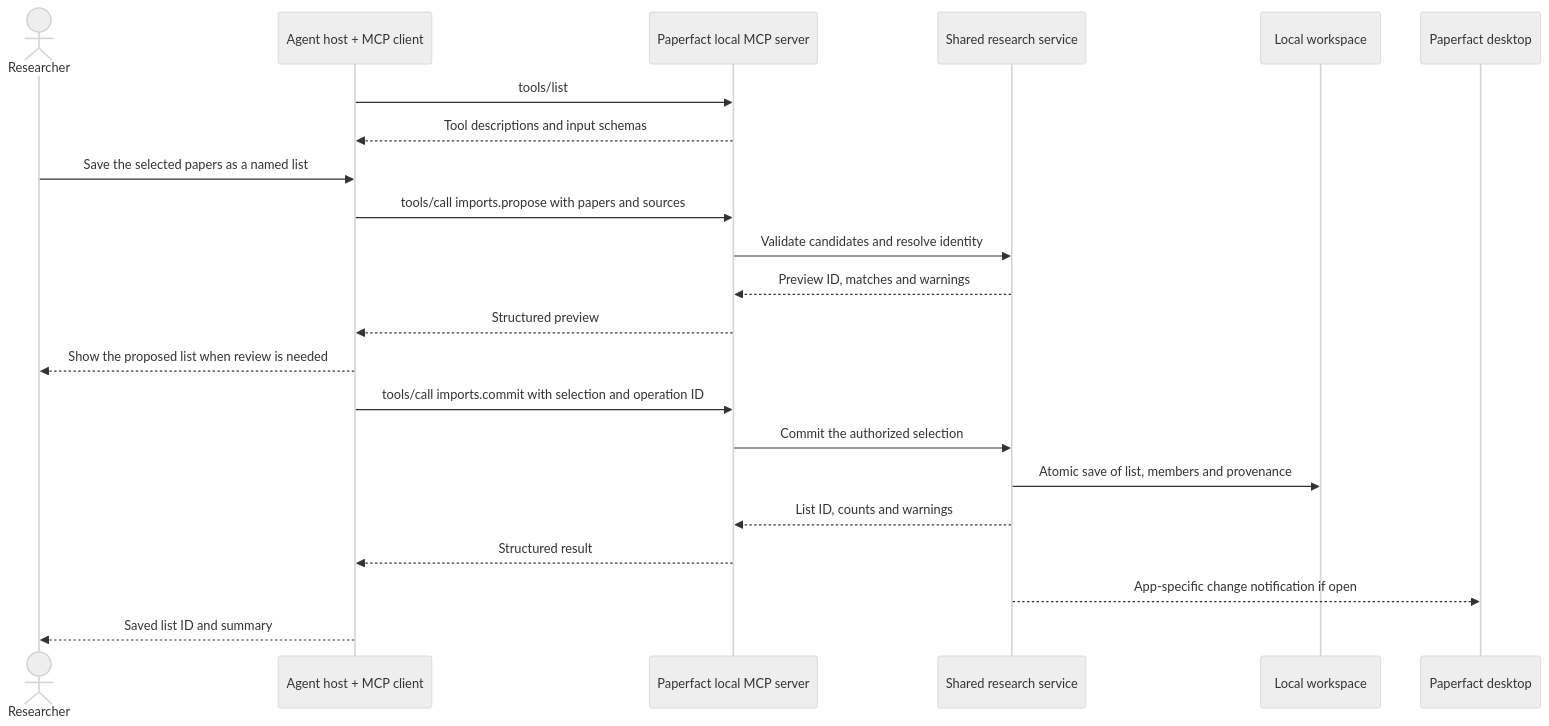
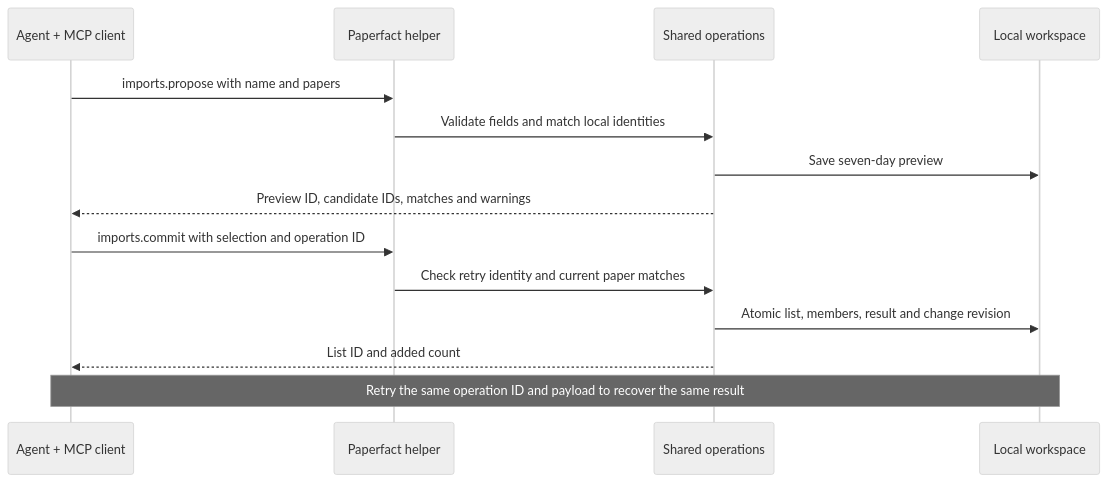
The second of 2 diagrams in docs/local-integration.md (puddings-world/Paperfact), drawn with Mermaid (neutral theme) before and after one commit. The commit also changed other lines of this file and 35 other files, not shown here.

Commit message:
Add shared local CLI and MCP integration for Paperfact 0.3.0

````diff
--- a/docs/local-integration.md
+++ b/docs/local-integration.md
@@ -64,24 +70,16 @@
 ```mermaid
 sequenceDiagram
-    actor User as Researcher
-    participant Host as Agent host + MCP client
-    participant MCP as Paperfact local MCP server
-    participant Core as Shared research service
+    participant Agent as Agent + MCP client
+    participant MCP as Paperfact helper
+    participant Core as Shared operations
     participant DB as Local workspace
-    participant UI as Paperfact desktop
-    Host->>MCP: tools/list
-    MCP-->>Host: Tool descriptions and input schemas
-    User->>Host: Save the selected papers as a named list
-    Host->>MCP: tools/call imports.propose with papers and sources
-    MCP->>Core: Validate candidates and resolve identity
-    Core-->>MCP: Preview ID, matches and warnings
-    MCP-->>Host: Structured preview
-    Host-->>User: Show the proposed list when review is needed
-    Host->>MCP: tools/call imports.commit with selection and operation ID
-    MCP->>Core: Commit the authorized selection
-    Core->>DB: Atomic save of list, members and provenance
-    Core-->>MCP: List ID, counts and warnings
-    MCP-->>Host: Structured result
-    Core-->>UI: App-specific change notification if open
-    Host-->>User: Saved list ID and summary
+    Agent->>MCP: imports.propose with name and papers
+    MCP->>Core: Validate fields and match local identities
+    Core->>DB: Save seven-day preview
+    Core-->>Agent: Preview ID, candidate IDs, matches and warnings
+    Agent->>MCP: imports.commit with selection and operation ID
+    MCP->>Core: Check retry identity and current paper matches
+    Core->>DB: Atomic list, members, result and change revision
+    Core-->>Agent: List ID and added count
+    Note over Agent,DB: Retry the same operation ID and payload to recover the same result
 ```
````
